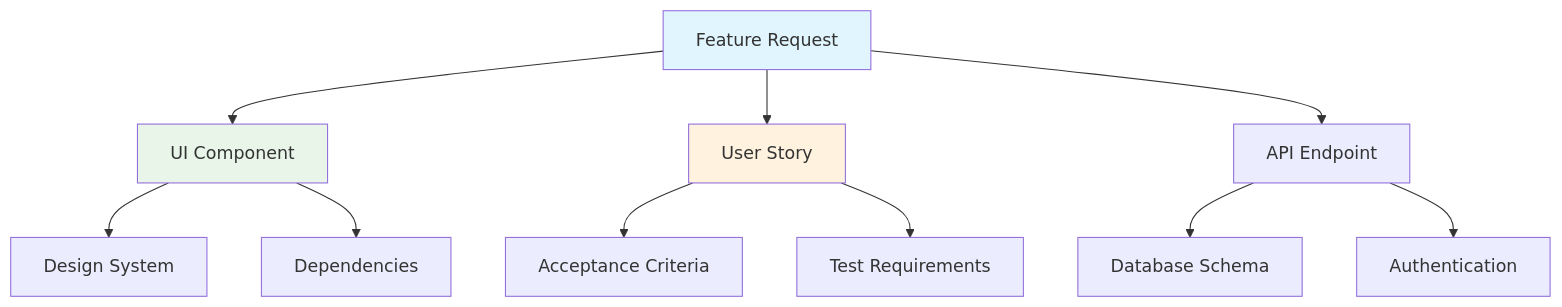
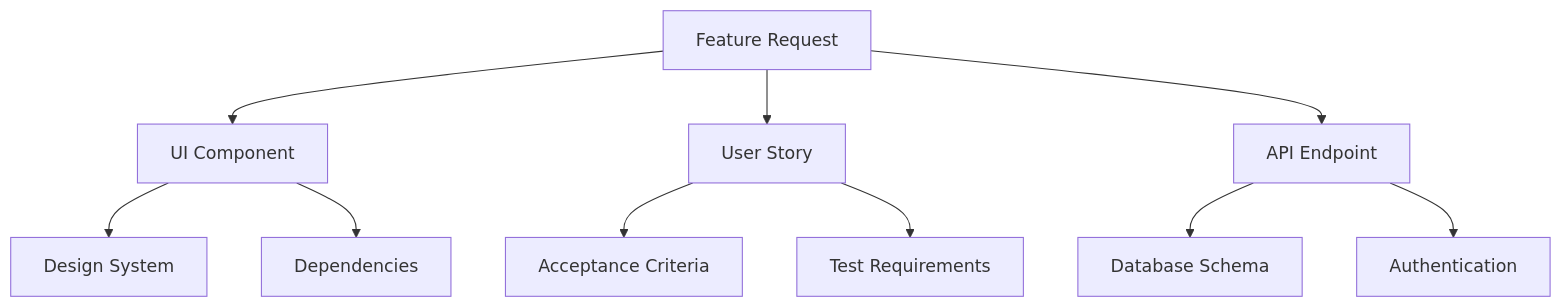
The second of 2 diagrams in docs/architecture.md (devplaninc/docs), drawn with Mermaid before and after one commit.

Commit message:
Update architecture.md (#15)

````diff
--- a/docs/architecture.md
+++ b/docs/architecture.md
@@ -72,15 +72,12 @@
 ```mermaid
 graph TD
     A[Feature Request] --> B[UI Component]
     A --> C[User Story]
     A --> D[API Endpoint]
     B --> E[Design System]
     B --> F[Dependencies]
     C --> G[Acceptance Criteria]
     C --> H[Test Requirements]
     D --> I[Database Schema]
     D --> J[Authentication]
-    style A fill:#e1f5fe
-    style B fill:#e8f5e8
-    style C fill:#fff3e0
 ```
````
